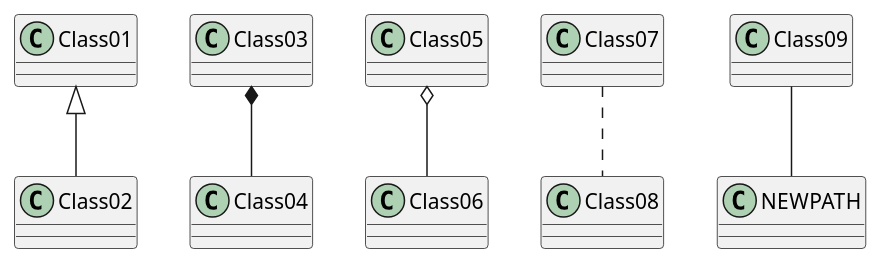
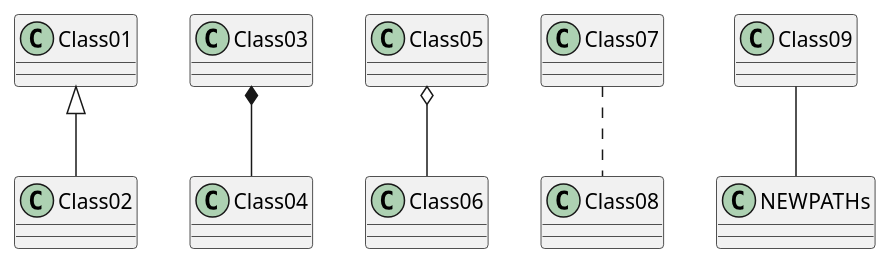
One commit to weichware10/meilensteine changed the diagram in meilenstein_03/test.puml. Above: the diagram before and after it, drawn with PlantUML. The commit also changed 2 other files, not shown here.

```diff
--- a/meilenstein_03/test.puml
+++ b/meilenstein_03/test.puml
@@ -1,7 +1,7 @@
 @startuml test
 Class01 <|-- Class02
 Class03 *-- Class04
 Class05 o-- Class06
 Class07 .. Class08
-Class09 -- NEWPATH
+Class09 -- NEWPATHs
 @enduml
```
